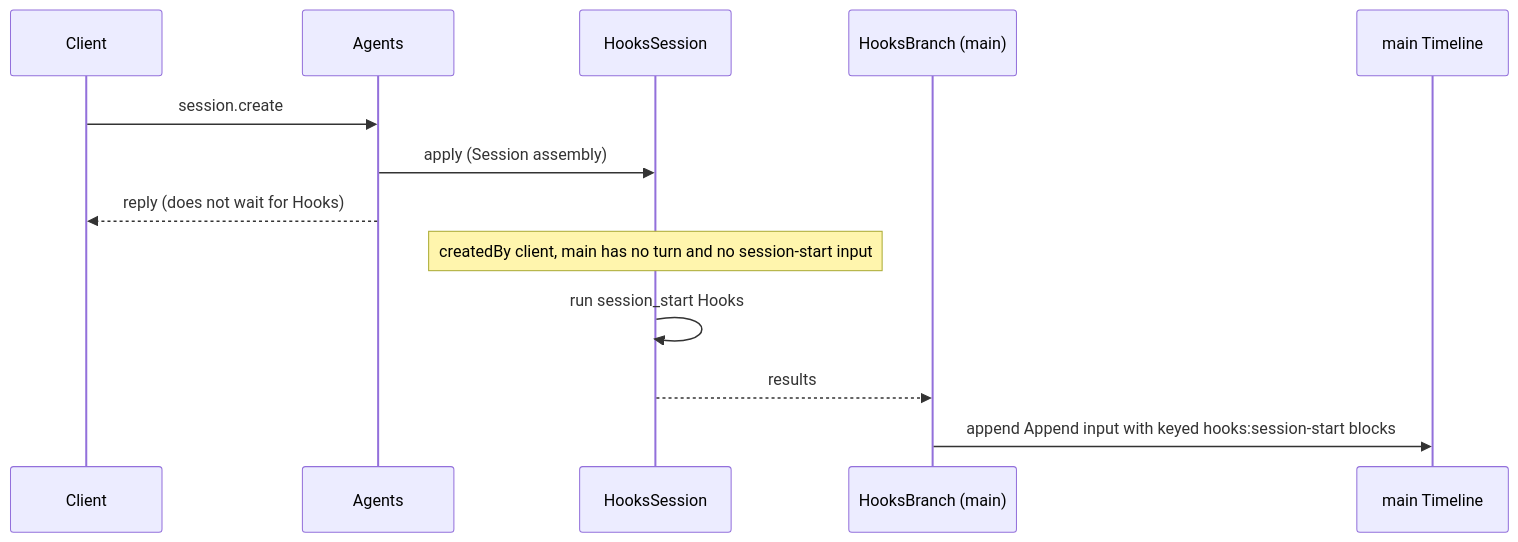
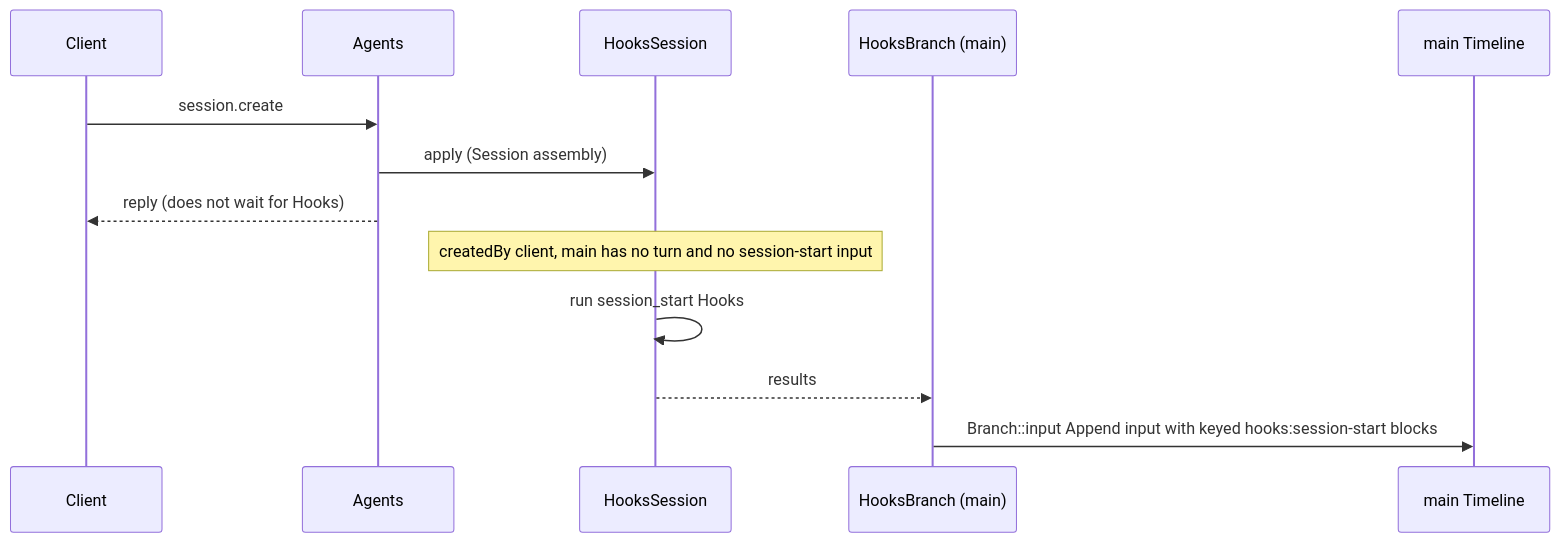
The fifth of 7 diagrams in docs/design/plugins/Hooks.md (CoutinhoTTS/dim-agent), drawn with Mermaid before and after one commit. The commit also changed other lines of this file and 42 other files, not shown here.

````diff
--- a/docs/design/plugins/Hooks.md
+++ b/docs/design/plugins/Hooks.md
@@ -128,15 +131,15 @@
 ```mermaid
 sequenceDiagram
   participant C as Client
   participant AG as Agents
   participant HS as HooksSession
   participant HB as HooksBranch (main)
   participant TL as main Timeline
   C->>AG: session.create
   AG->>HS: apply (Session assembly)
   AG-->>C: reply (does not wait for Hooks)
   Note over HS: createdBy client, main has no turn and no session-start input
   HS->>HS: run session_start Hooks
   HS-->>HB: results
-  HB->>TL: append Append input with keyed hooks:session-start blocks
+  HB->>TL: Branch::input Append input with keyed hooks:session-start blocks
 ```
````
